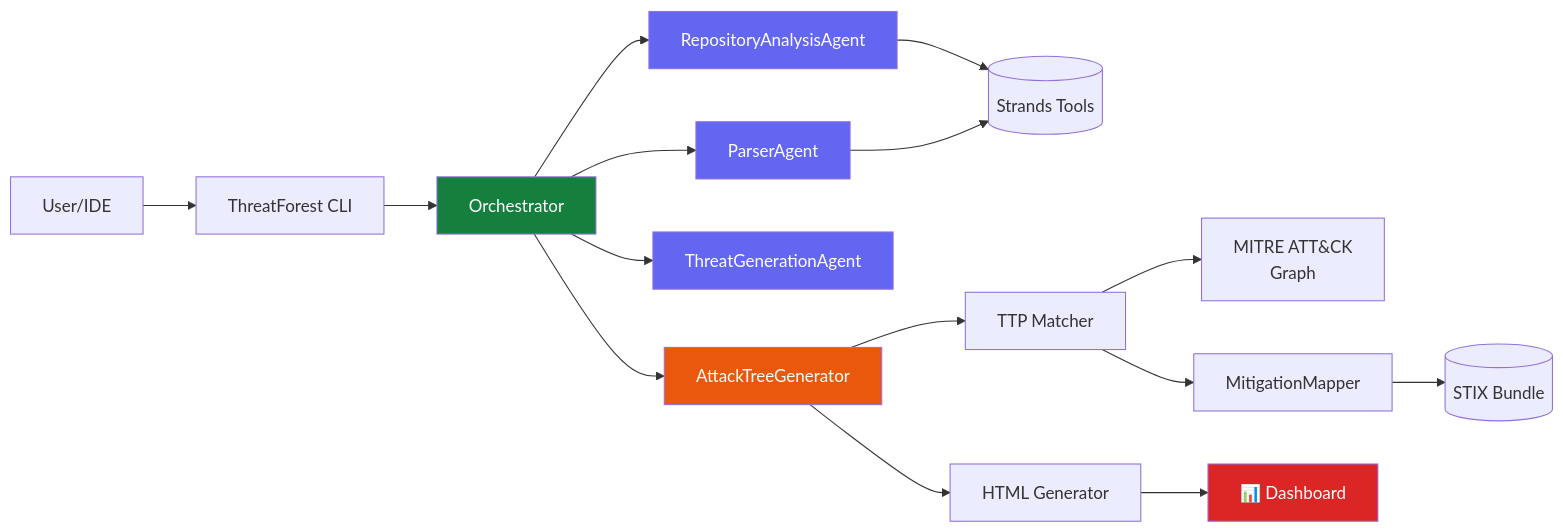
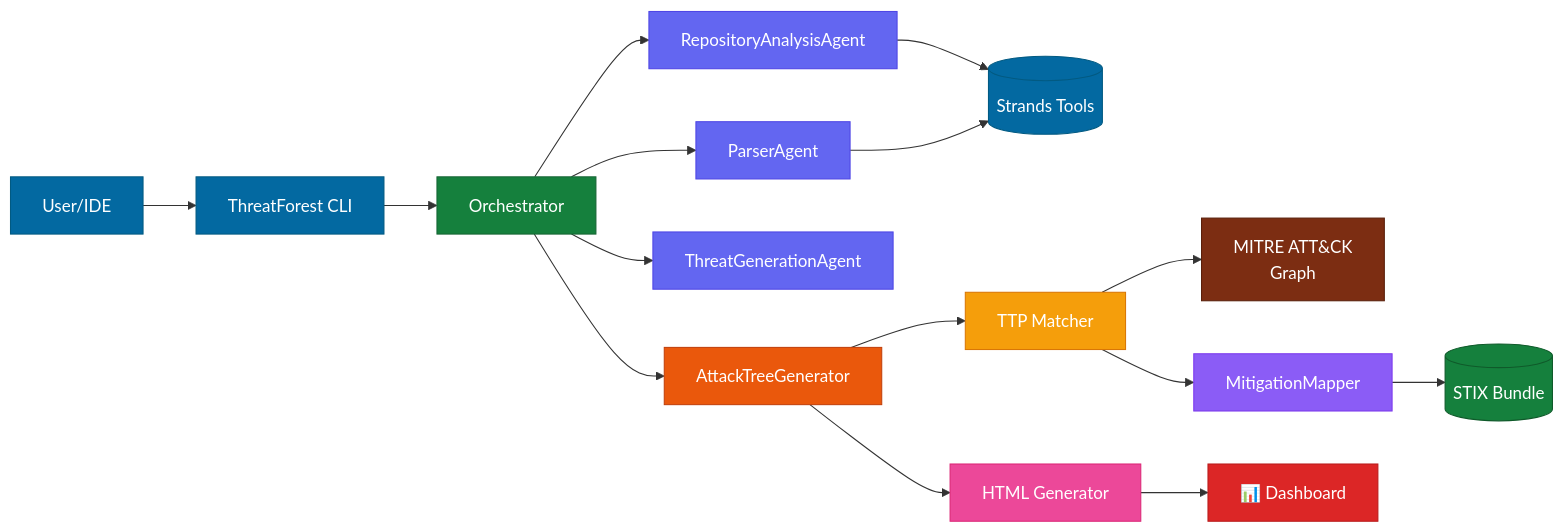
Before and after one commit to aws-samples/sample-agentic-attack-tree-generator: the diagram in docs/architecture/overview.md, drawn with Mermaid. The commit also changed 8 other files, not shown here.

````diff
--- a/docs/architecture/overview.md
+++ b/docs/architecture/overview.md
@@ -7,28 +7,36 @@
 ```mermaid
 graph LR
     A[User/IDE] --> B[ThreatForest CLI]
     B --> C[Orchestrator]
     C --> D[RepositoryAnalysisAgent]
     C --> E[ParserAgent]
     C --> F[ThreatGenerationAgent]
     C --> G[AttackTreeGenerator]
     
     D --> H[(Strands Tools)]
     E --> H
     
     G --> I[TTP Matcher]
     I --> J[MITRE ATT&CK<br/>Graph]
     
     I --> K[MitigationMapper]
     K --> L[(STIX Bundle)]
     
     G --> M[HTML Generator]
     M --> N[📊 Dashboard]
     
-    style C fill:#15803d,color:#fff
-    style D fill:#6366f1,color:#fff
-    style E fill:#6366f1,color:#fff
-    style F fill:#6366f1,color:#fff
-    style G fill:#ea580c,color:#fff
-    style N fill:#dc2626,color:#fff
+    style A fill:#0369a1,stroke:#025a82,color:#fff
+    style B fill:#0369a1,stroke:#025a82,color:#fff
+    style C fill:#15803d,stroke:#166534,color:#fff
+    style D fill:#6366f1,stroke:#4f46e5,color:#fff
+    style E fill:#6366f1,stroke:#4f46e5,color:#fff
+    style F fill:#6366f1,stroke:#4f46e5,color:#fff
+    style G fill:#ea580c,stroke:#c2410c,color:#fff
+    style H fill:#0369a1,stroke:#025a82,color:#fff
+    style I fill:#f59e0b,stroke:#d97706,color:#fff
+    style J fill:#7c2d12,stroke:#5a1f0a,color:#fff
+    style K fill:#8b5cf6,stroke:#7c3aed,color:#fff
+    style L fill:#15803d,stroke:#0f5a2a,color:#fff
+    style M fill:#ec4899,stroke:#db2777,color:#fff
+    style N fill:#dc2626,stroke:#b91c1c,color:#fff
 ```
````
